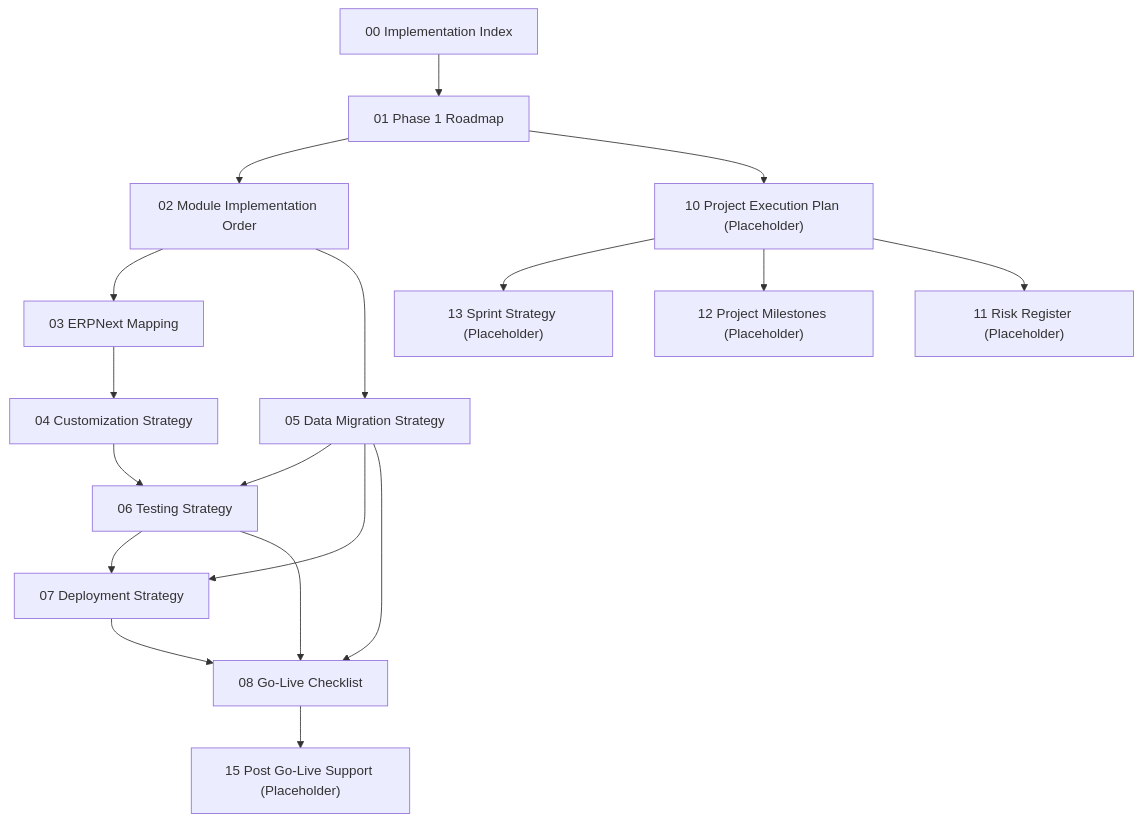
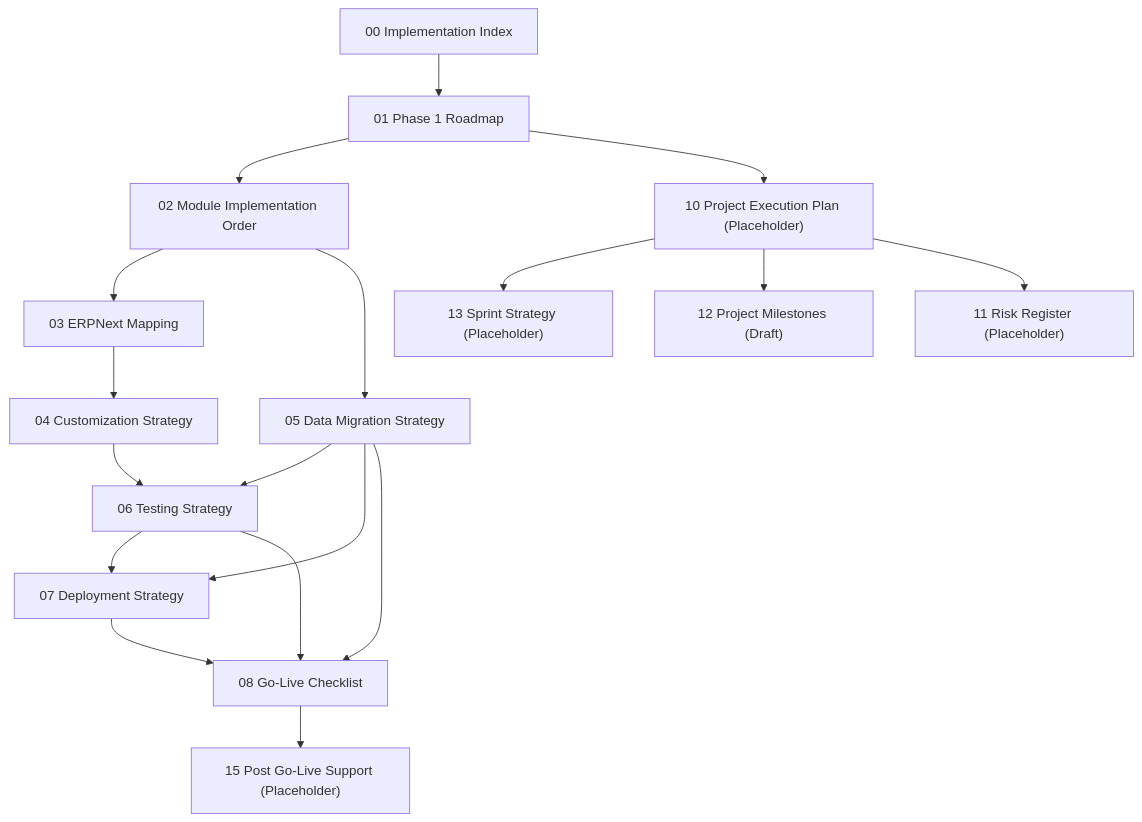
One commit to ganapathyvijai/printos changed the diagram in docs/implementation/00_Implementation_Index.md. Above: the diagram before and after it, drawn with Mermaid. The commit also changed other lines of this file and 2 other files, not shown here.

````diff
--- a/docs/implementation/00_Implementation_Index.md
+++ b/docs/implementation/00_Implementation_Index.md
@@ -69,20 +69,20 @@
 ```mermaid
 flowchart TB
     Idx["00 Implementation Index"] --> Roadmap["01 Phase 1 Roadmap"]
     Roadmap --> ModOrder["02 Module Implementation Order"]
     ModOrder --> ERPMap["03 ERPNext Mapping"]
     ERPMap --> Custom["04 Customization Strategy"]
     ModOrder --> Migration["05 Data Migration Strategy"]
     Custom --> Testing["06 Testing Strategy"]
     Migration --> Testing
     Testing --> Deploy["07 Deployment Strategy"]
     Migration --> Deploy
     Deploy --> GoLive["08 Go-Live Checklist"]
     Testing --> GoLive
     Migration --> GoLive
     GoLive --> Support["15 Post Go-Live Support (Placeholder)"]
     Roadmap --> ExecPlan["10 Project Execution Plan (Placeholder)"]
     ExecPlan --> Sprint["13 Sprint Strategy (Placeholder)"]
-    ExecPlan --> Milestones["12 Project Milestones (Placeholder)"]
+    ExecPlan --> Milestones["12 Project Milestones (Draft)"]
     ExecPlan --> Risk["11 Risk Register (Placeholder)"]
 ```
````
